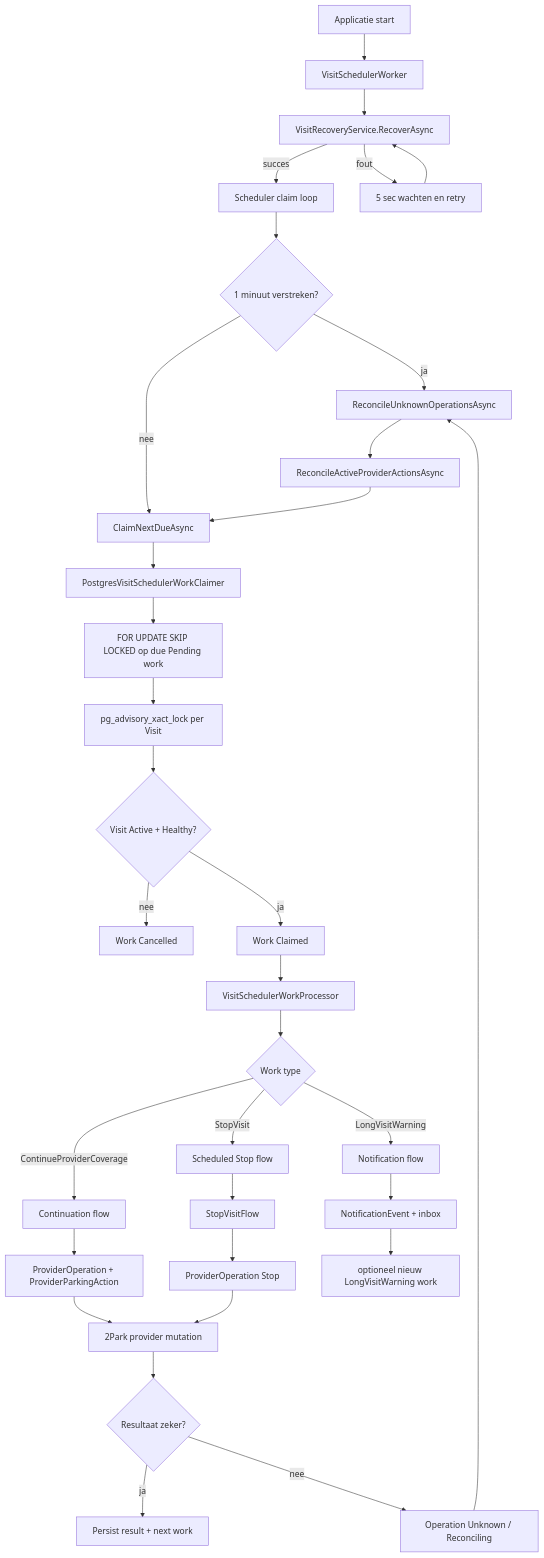
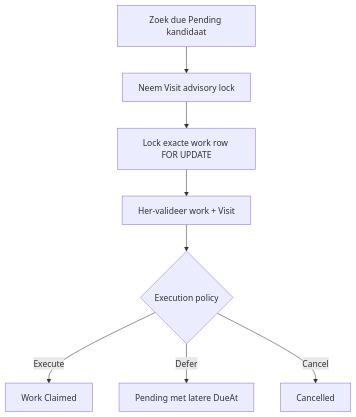
One commit to VanHinthem/Parkeren changed the second of 4 diagrams in docs/technisch/visit-scheduler-flow.md. Above: the diagram before and after it, drawn with Mermaid. The commit also changed other lines of this file and 16 other files, not shown here.

````diff
--- a/docs/technisch/visit-scheduler-flow.md
+++ b/docs/technisch/visit-scheduler-flow.md
@@ -9,41 +33,10 @@
 ```mermaid
 flowchart TD
-    A[Applicatie start] --> B[VisitSchedulerWorker]
-    B --> C[VisitRecoveryService.RecoverAsync]
-    C -->|succes| D[Scheduler claim loop]
-    C -->|fout| C1[5 sec wachten en retry]
-    C1 --> C
-
-    D --> E{1 minuut verstreken?}
-    E -->|ja| F[ReconcileUnknownOperationsAsync]
-    F --> G[ReconcileActiveProviderActionsAsync]
-    E -->|nee| H[ClaimNextDueAsync]
-    G --> H
-
-    H --> I[PostgresVisitSchedulerWorkClaimer]
-    I --> J[FOR UPDATE SKIP LOCKED op due Pending work]
-    J --> K[pg_advisory_xact_lock per Visit]
-    K --> L{Visit Active + Healthy?}
-    L -->|nee| M[Work Cancelled]
-    L -->|ja| N[Work Claimed]
-
-    N --> O[VisitSchedulerWorkProcessor]
-    O --> P{Work type}
-    P -->|ContinueProviderCoverage| Q[Continuation flow]
-    P -->|StopVisit| R[Scheduled Stop flow]
-    P -->|LongVisitWarning| S[Notification flow]
-
-    Q --> T[ProviderOperation + ProviderParkingAction]
-    T --> U[2Park provider mutation]
-    U --> V{Resultaat zeker?}
-    V -->|ja| W[Persist result + next work]
-    V -->|nee| X[Operation Unknown / Reconciling]
-    X --> F
-
-    R --> Y[StopVisitFlow]
-    Y --> Z[ProviderOperation Stop]
-    Z --> U
-
-    S --> AA[NotificationEvent + inbox]
-    AA --> AB[optioneel nieuw LongVisitWarning work]
+    A[Zoek due Pending kandidaat] --> B[Neem Visit advisory lock]
+    B --> C[Lock exacte work row FOR UPDATE]
+    C --> D[Her-valideer work + Visit]
+    D --> E{Execution policy}
+    E -->|Execute| F[Work Claimed]
+    E -->|Defer| G[Pending met latere DueAt]
+    E -->|Cancel| H[Cancelled]
 ```
````
